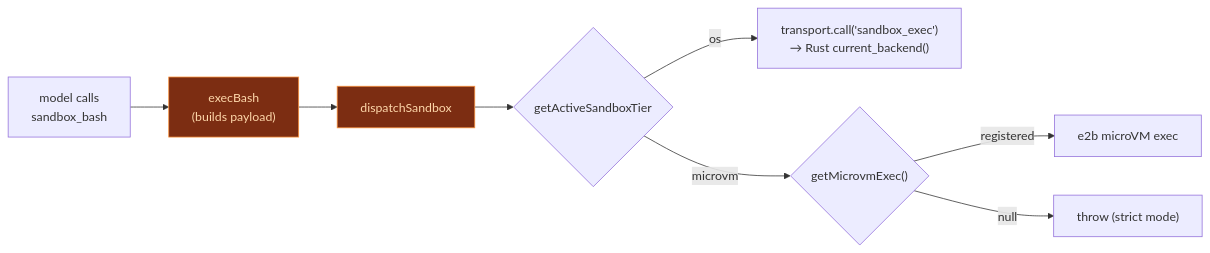
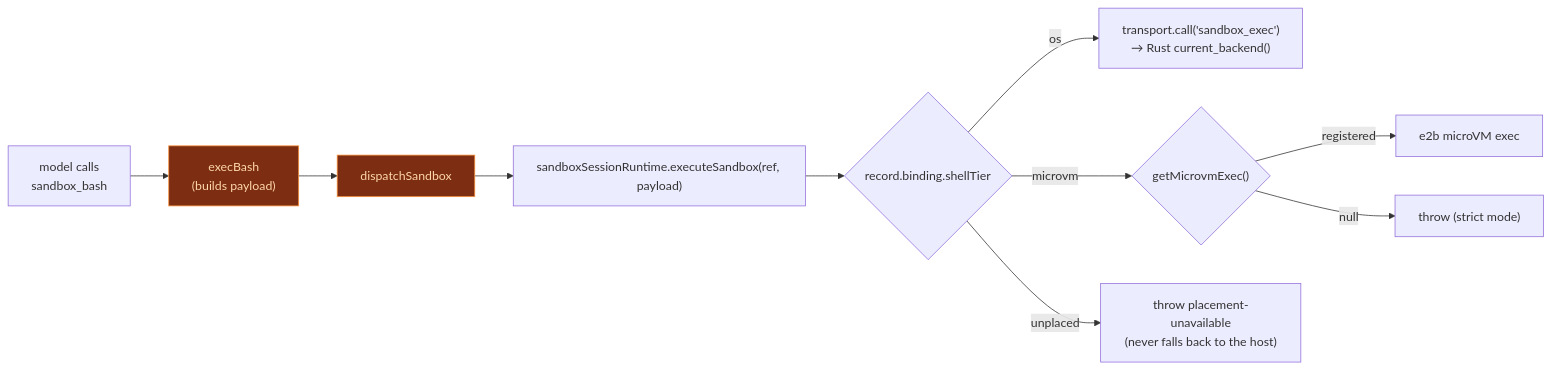
Before and after one commit to MaxQian888/cognia-next: the diagram in docs/content/docs/en/subsystems/sandbox/sandboxed-tools.mdx, drawn with Mermaid. The commit also changed other lines of this file and 14 other files, not shown here.

First line of the commit message:
docs(platform): document runtime refs, workspace bundles and placement

````diff
--- a/docs/content/docs/en/subsystems/sandbox/sandboxed-tools.mdx
+++ b/docs/content/docs/en/subsystems/sandbox/sandboxed-tools.mdx
@@ -116,13 +121,15 @@
 ```mermaid
 flowchart LR
   M["model calls<br/>sandbox_bash"] --> E["execBash<br/>(builds payload)"]
   E --> D["dispatchSandbox"]
-  D --> T{"getActiveSandboxTier"}
+  D --> R["sandboxSessionRuntime.executeSandbox(ref, payload)"]
+  R --> T{"record.binding.shellTier"}
   T -->|os| OS["transport.call('sandbox_exec')<br/>→ Rust current_backend()"]
   T -->|microvm| MV{"getMicrovmExec()"}
+  T -->|unplaced| REFUSE["throw placement-unavailable<br/>(never falls back to the host)"]
   MV -->|registered| E2B["e2b microVM exec"]
   MV -->|null| THROW["throw (strict mode)"]
 
   classDef on fill:#7c2d12,stroke:#fb923c,color:#fed7aa
   class E,D on
 ```
````
